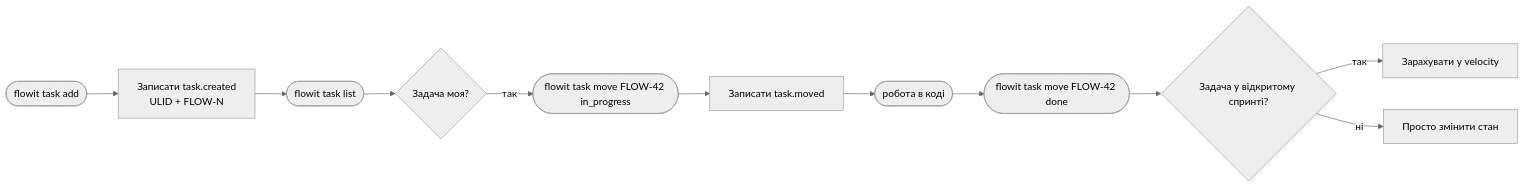
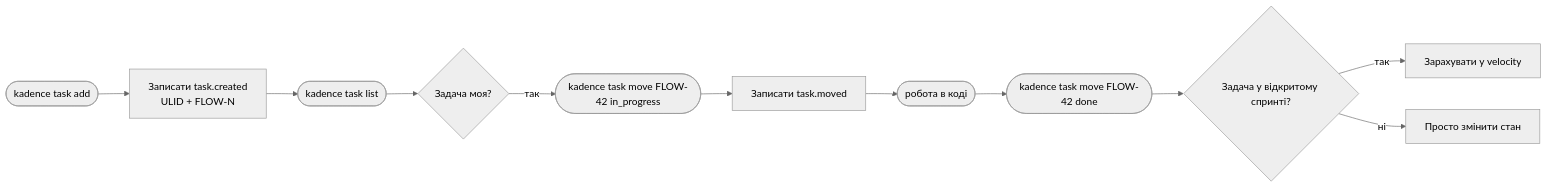
One commit to bogutskiandriy/kadence changed the second of 5 diagrams in docs/design/user-flows.md. Above: the diagram before and after it, drawn with Mermaid (neutral theme). The commit also changed other lines of this file and 64 other files, not shown here.

````diff
--- a/docs/design/user-flows.md
+++ b/docs/design/user-flows.md
@@ -34,13 +34,13 @@
 ```mermaid
 flowchart LR
-    A([flowit task add]) --> B[Записати task.created<br/>ULID + FLOW-N]
-    B --> C([flowit task list])
+    A([kadence task add]) --> B[Записати task.created<br/>ULID + FLOW-N]
+    B --> C([kadence task list])
     C --> D{Задача моя?}
-    D -- так --> E([flowit task move FLOW-42 in_progress])
+    D -- так --> E([kadence task move FLOW-42 in_progress])
     E --> F[Записати task.moved]
     F --> G([робота в коді])
-    G --> H([flowit task move FLOW-42 done])
+    G --> H([kadence task move FLOW-42 done])
     H --> I{Задача у відкритому спринті?}
     I -- так --> J[Зарахувати у velocity]
     I -- ні --> K[Просто змінити стан]
 ```
````
